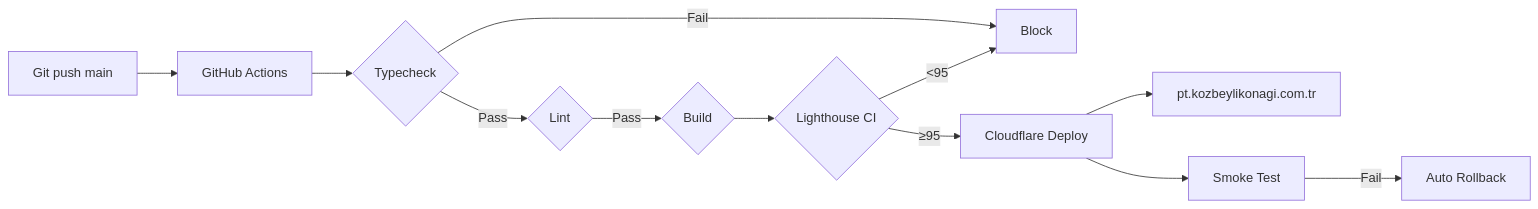
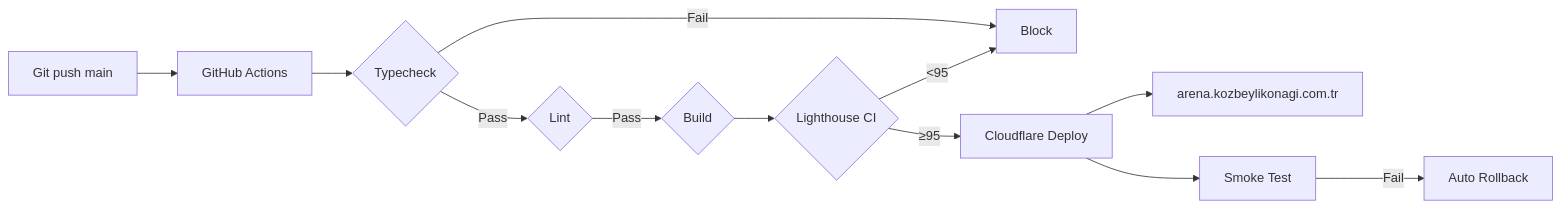
One commit to No3214/pt changed the sixth of 7 diagrams in .claude/skills/mermaid-diagrams/SKILL.md. Above: the diagram before and after it, drawn with Mermaid. The commit also changed 72 other files, not shown here.

````diff
--- a/.claude/skills/mermaid-diagrams/SKILL.md
+++ b/.claude/skills/mermaid-diagrams/SKILL.md
@@ -101,14 +101,14 @@
 ```mermaid
 flowchart LR
     A[Git push main] --> B[GitHub Actions]
     B --> C{Typecheck}
     C -->|Pass| D{Lint}
     C -->|Fail| X[Block]
     D -->|Pass| E{Build}
     E --> F{Lighthouse CI}
     F -->|≥95| G[Cloudflare Deploy]
     F -->|<95| X
-    G --> H[pt.kozbeylikonagi.com.tr]
+    G --> H[arena.kozbeylikonagi.com.tr]
     G --> I[Smoke Test]
     I -->|Fail| J[Auto Rollback]
 ```
````
